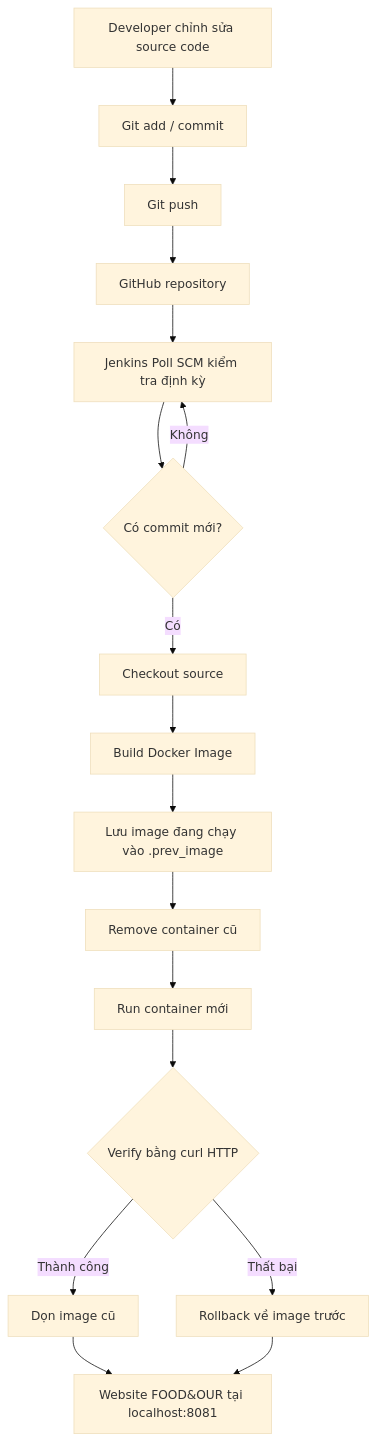
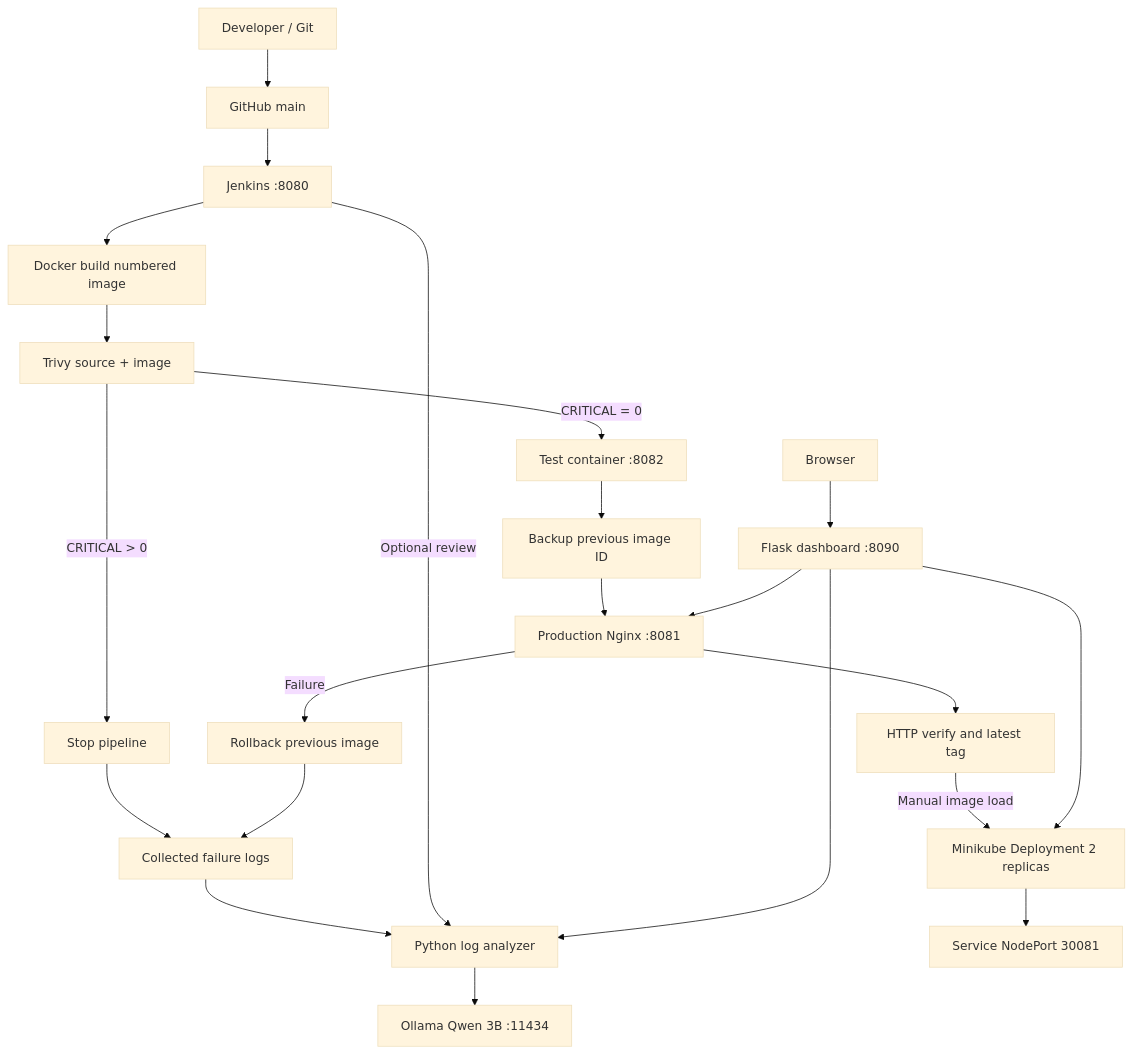
The diagram in README.md (ManchesterUnited-22/devops_configure), drawn with Mermaid (base theme) before and after one commit. The commit also changed other lines of this file, not shown here.

````diff
--- a/README.md
+++ b/README.md
@@ -127,19 +67,24 @@
 ```mermaid
 flowchart TD
-    A[Developer chỉnh sửa source code] --> B[Git add / commit]
-    B --> C[Git push]
-    C --> D[GitHub repository]
-    D --> E[Jenkins Poll SCM kiểm tra định kỳ]
-    E --> F{Có commit mới?}
-    F -- Không --> E
-    F -- Có --> G[Checkout source]
-    G --> H[Build Docker Image]
-    H --> I[Lưu image đang chạy vào .prev_image]
-    I --> J[Remove container cũ]
-    J --> K[Run container mới]
-    K --> L{Verify bằng curl HTTP}
-    L -- Thành công --> M[Dọn image cũ]
-    M --> N[Website FOOD&OUR tại localhost:8081]
-    L -- Thất bại --> O[Rollback về image trước]
-    O --> N
+    A[Developer / Git] --> B[GitHub main]
+    B --> C[Jenkins :8080]
+    C --> D[Docker build numbered image]
+    D --> E[Trivy source + image]
+    E -->|CRITICAL = 0| F[Test container :8082]
+    E -->|CRITICAL > 0| X[Stop pipeline]
+    F --> G[Backup previous image ID]
+    G --> H[Production Nginx :8081]
+    H --> I[HTTP verify and latest tag]
+    H -->|Failure| R[Rollback previous image]
+    X --> L[Collected failure logs]
+    R --> L
+    L --> M[Python log analyzer]
+    C -->|Optional review| M
+    M --> O[Ollama Qwen 3B :11434]
+    I -->|Manual image load| K[Minikube Deployment 2 replicas]
+    K --> S[Service NodePort 30081]
+    U[Browser] --> W[Flask dashboard :8090]
+    W --> M
+    W --> H
+    W --> K
 ```
````
